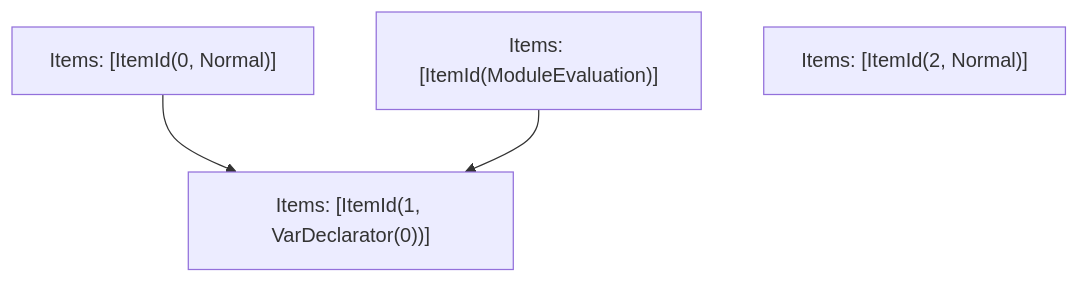
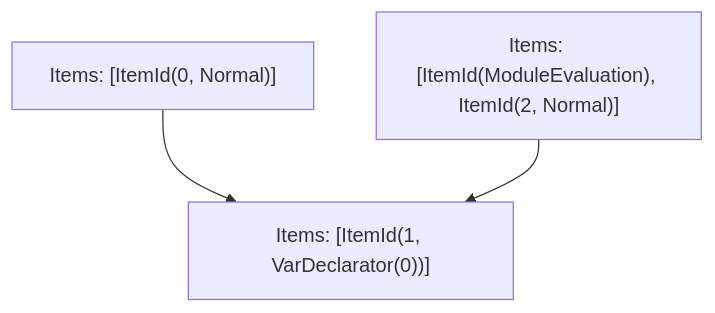
Before and after one commit to Sonar-UX-Testing-FreePlan/next.js: the fifth of 5 diagrams in turbopack/crates/turbopack-ecmascript/tests/tree-shaker/analyzer/assign-before-decl-var/output.md, drawn with Mermaid. The commit also changed other lines of this file and 38 other files, not shown here.

````diff
--- a/turbopack/crates/turbopack-ecmascript/tests/tree-shaker/analyzer/assign-before-decl-var/output.md
+++ b/turbopack/crates/turbopack-ecmascript/tests/tree-shaker/analyzer/assign-before-decl-var/output.md
@@ -78,9 +78,8 @@
 ```mermaid
 graph TD
-    N0["Items: [ItemId(ModuleEvaluation)]"];
+    N0["Items: [ItemId(ModuleEvaluation), ItemId(2, Normal)]"];
     N1["Items: [ItemId(0, Normal)]"];
     N2["Items: [ItemId(1, VarDeclarator(0))]"];
-    N3["Items: [ItemId(2, Normal)]"];
     N1 --> N2;
     N0 --> N2;
 ```
````
